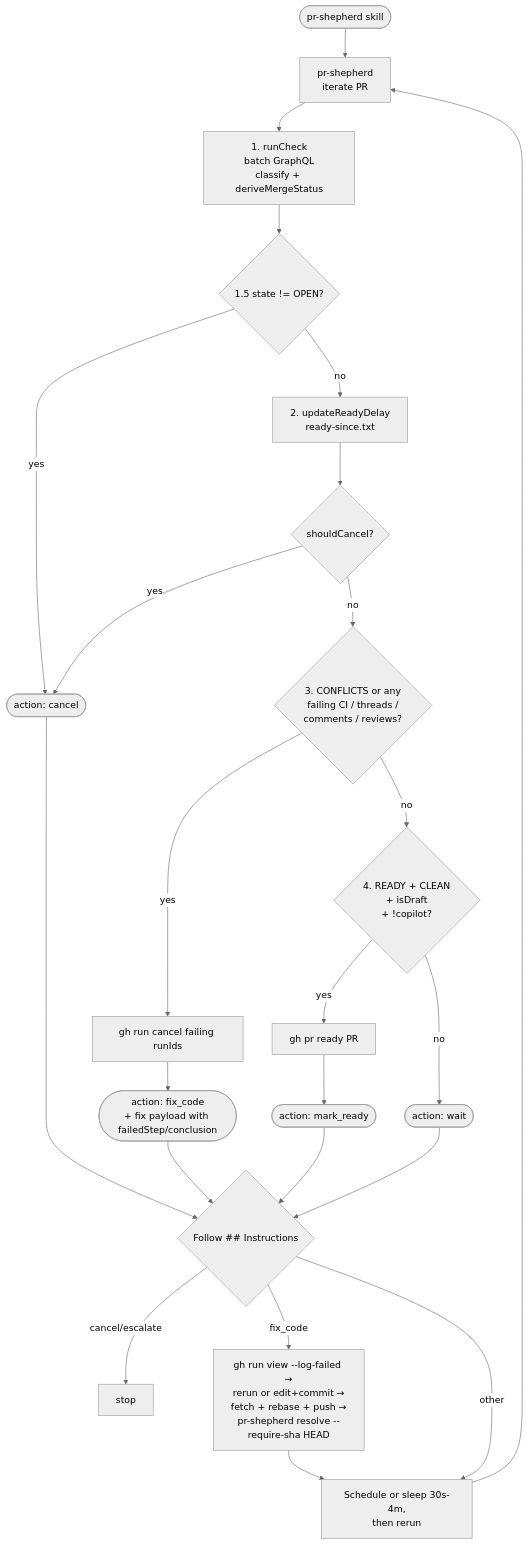
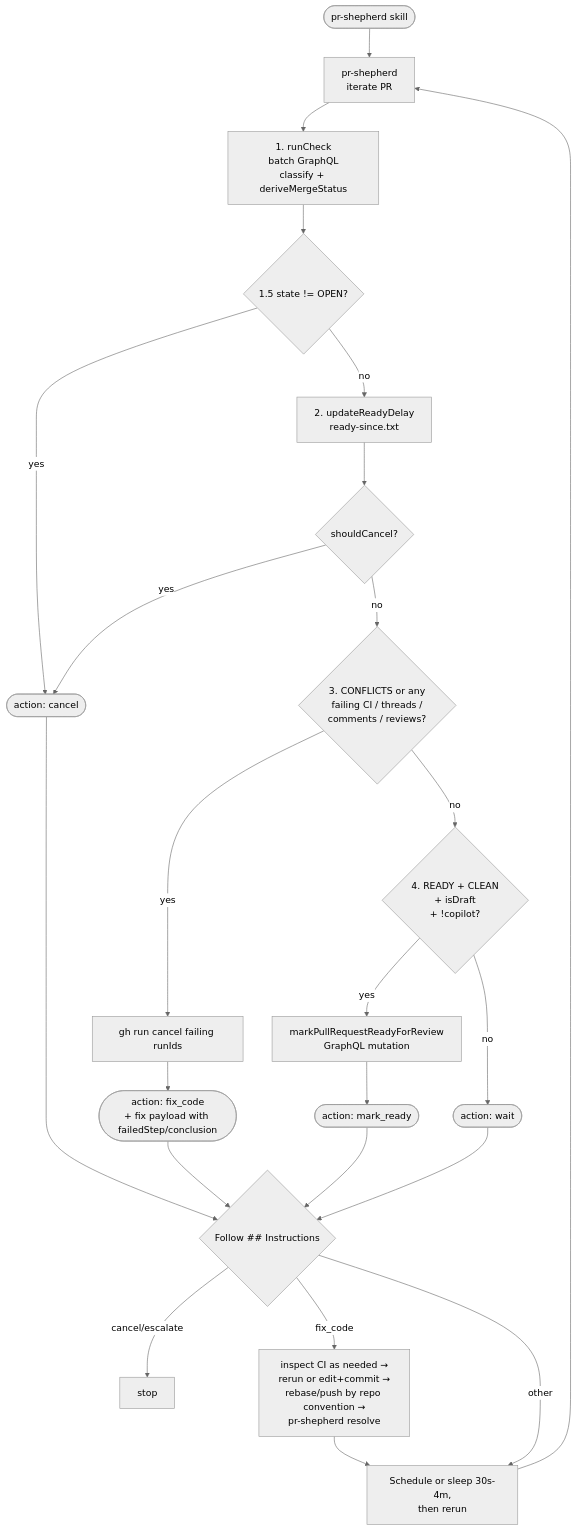
Before and after one commit to jonathanong/pr-shepherd: the diagram in docs/flow.md, drawn with Mermaid (neutral theme). The commit also changed 14 other files, not shown here.

````diff
--- a/docs/flow.md
+++ b/docs/flow.md
@@ -3,30 +3,30 @@
 ```mermaid
 flowchart TD
   U(["pr-shepherd skill"]) --> ITER[pr-shepherd<br/>iterate PR]
 
   ITER --> S1[1. runCheck<br/>batch GraphQL<br/>classify + deriveMergeStatus]
 
   S1 --> S15{1.5 state != OPEN?}
   S15 -->|yes| A_CAN([action: cancel])
   S15 -->|no| S2[2. updateReadyDelay<br/>ready-since.txt]
   S2 --> S2C{shouldCancel?}
   S2C -->|yes| A_CAN
   S2C -->|no| S3{3. CONFLICTS or any<br/>failing CI / threads /<br/>comments / reviews?}
   S3 -->|yes| S3X[gh run cancel failing runIds]
   S3X --> A_FIX([action: fix_code<br/>+ fix payload with failedStep/conclusion])
   S3 -->|no| S4{4. READY + CLEAN<br/>+ isDraft<br/>+ !copilot?}
-  S4 -->|yes| S4X[gh pr ready PR]
+  S4 -->|yes| S4X[markPullRequestReadyForReview<br/>GraphQL mutation]
   S4X --> A_MR([action: mark_ready])
   S4 -->|no| A_W([action: wait])
 
   A_CAN --> DEC{Follow ## Instructions}
   A_FIX --> DEC
   A_MR --> DEC
   A_W --> DEC
 
   DEC -->|cancel/escalate| STOP["stop"]
-  DEC -->|fix_code| FIX[gh run view --log-failed →<br/>rerun or edit+commit →<br/>fetch + rebase + push →<br/>pr-shepherd resolve --require-sha HEAD]
+  DEC -->|fix_code| FIX[inspect CI as needed →<br/>rerun or edit+commit →<br/>rebase/push by repo convention →<br/>pr-shepherd resolve]
   FIX --> SLEEP[Schedule or sleep 30s-4m,<br/>then rerun]
   DEC -->|other| SLEEP
   SLEEP --> ITER
 ```
````
